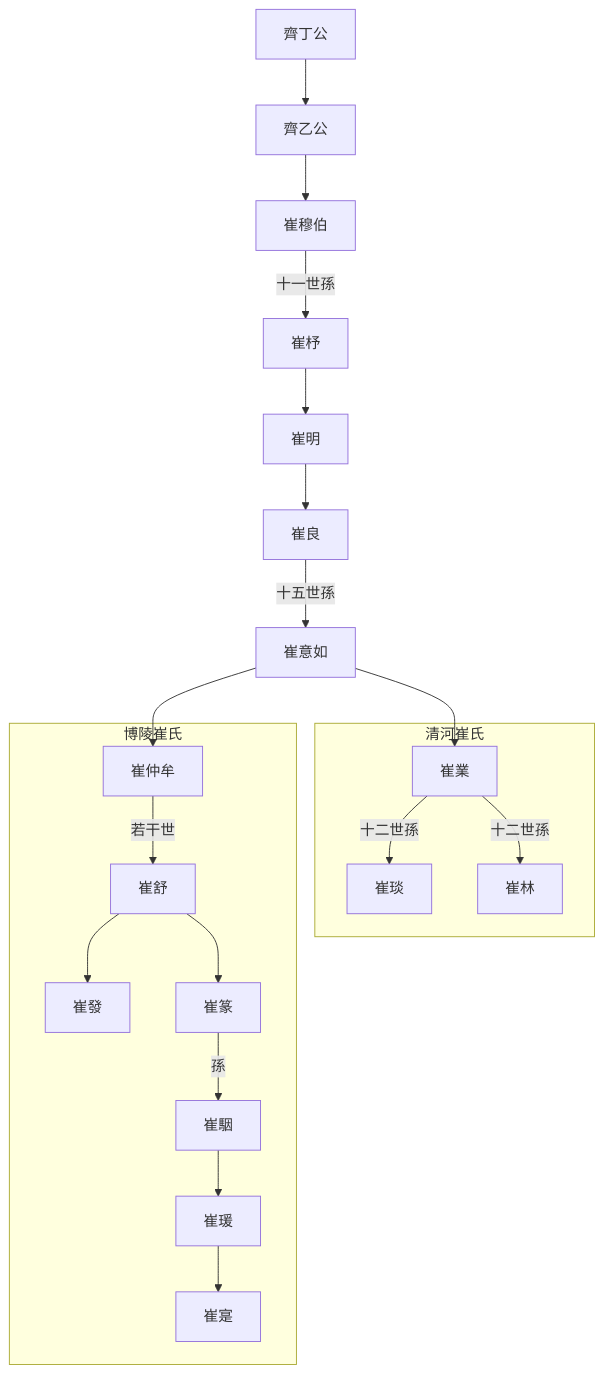
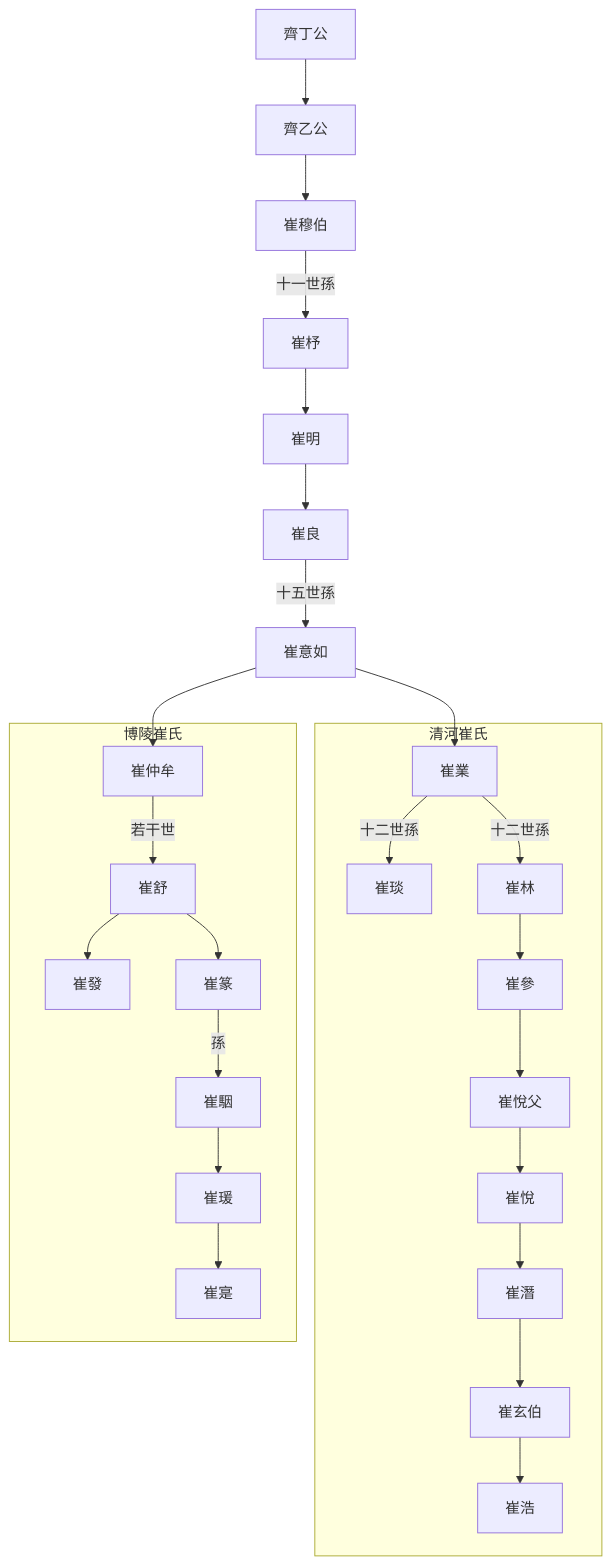
One commit to gamefang/zizhitongjian changed the diagram in 2_世系圖表/2.3_世家大族/崔氏世系圖表.md. Above: the diagram before and after it, drawn with Mermaid. The commit also changed 11 other files, not shown here.

````diff
--- a/2_世系圖表/2.3_世家大族/崔氏世系圖表.md
+++ b/2_世系圖表/2.3_世家大族/崔氏世系圖表.md
@@ -8,26 +8,28 @@
 ```mermaid
 graph TB
 齊丁公-->齊乙公
 齊乙公-->崔穆伯
 崔穆伯--十一世孫-->崔杼
 崔杼-->崔明
 崔明-->崔良
 崔良--十五世孫-->崔意如
 崔意如-->崔業
 崔意如-->崔仲牟
 
 subgraph 清河崔氏
   崔業--十二世孫-->崔琰
   崔業--十二世孫-->崔林
+
+  崔林-->崔參-->崔悅父-->崔悅-->崔潛-->崔玄伯-->崔浩
 end
 
 subgraph 博陵崔氏
   崔仲牟--若干世-->崔舒
   崔舒-->崔發
   崔舒-->崔篆
   崔篆--孫-->崔駰
   崔駰-->崔瑗
   崔瑗-->崔寔
 end
 
 ```
````
